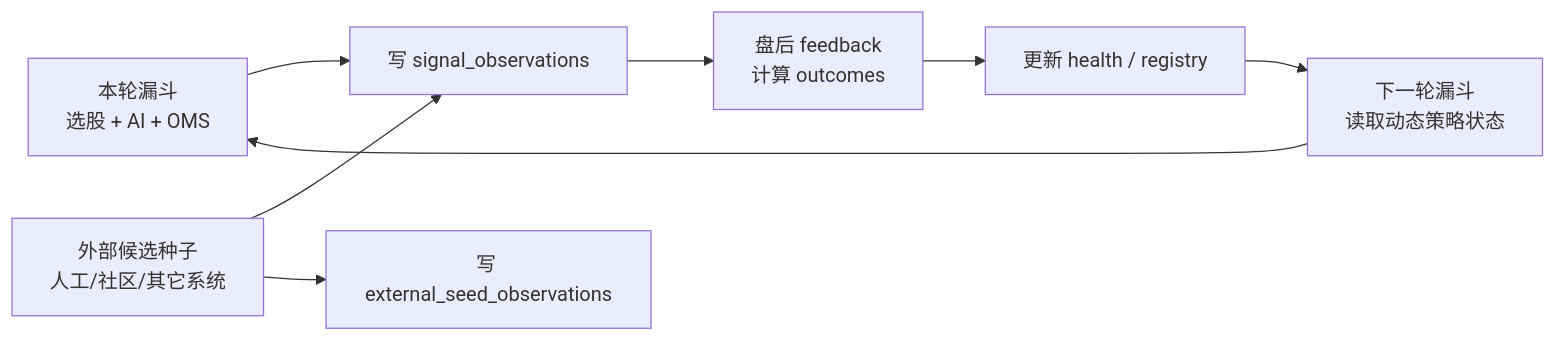
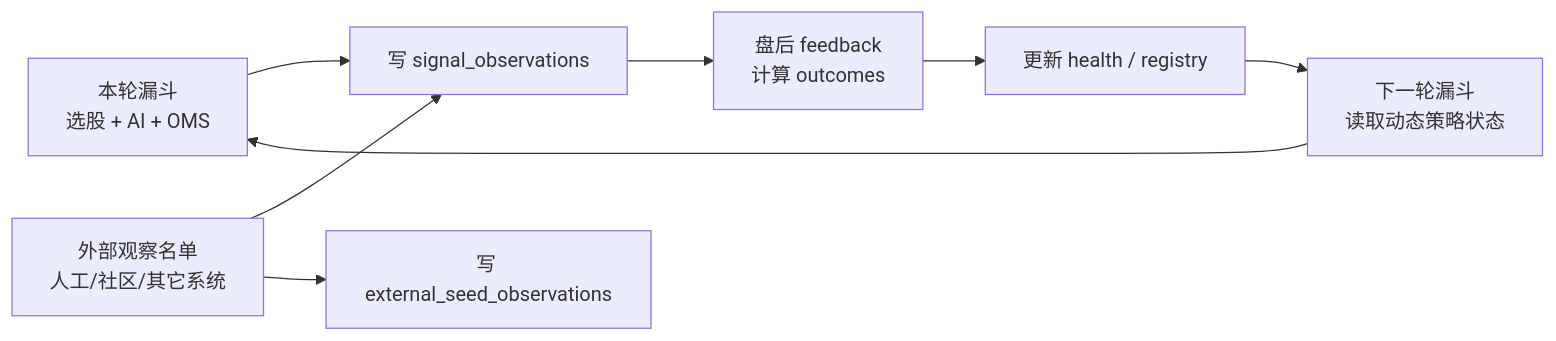
The first of 4 diagrams in docs/SIGNAL_FEEDBACK_LOOP.md (niyoh120/Wyckoff-Analysis), drawn with Mermaid before and after one commit. The commit also changed other lines of this file and 10 other files, not shown here.

````diff
--- a/docs/SIGNAL_FEEDBACK_LOOP.md
+++ b/docs/SIGNAL_FEEDBACK_LOOP.md
@@ -11,10 +11,10 @@
 ```mermaid
 flowchart LR
   A["本轮漏斗<br/>选股 + AI + OMS"] --> B["写 signal_observations"]
-  X["外部候选种子<br/>人工/社区/其它系统"] --> B
+  X["外部观察名单<br/>人工/社区/其它系统"] --> B
   X --> Y["写 external_seed_observations"]
   B --> C["盘后 feedback<br/>计算 outcomes"]
   C --> D["更新 health / registry"]
   D --> E["下一轮漏斗<br/>读取动态策略状态"]
   E --> A
 ```
````
